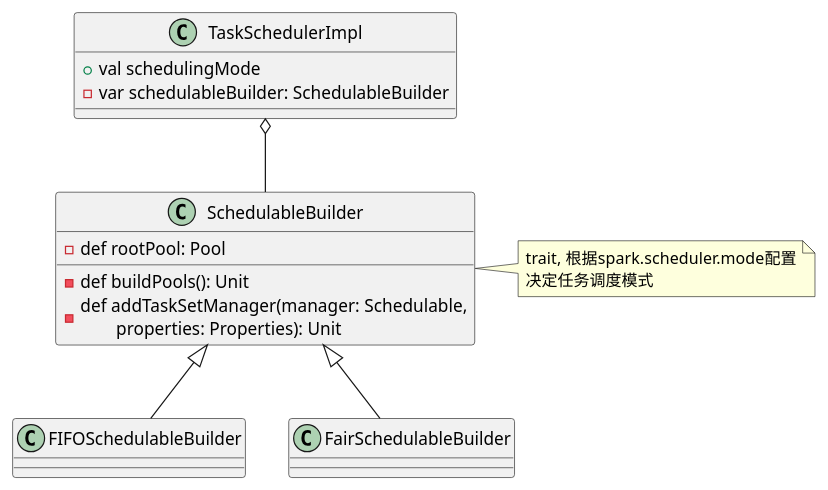
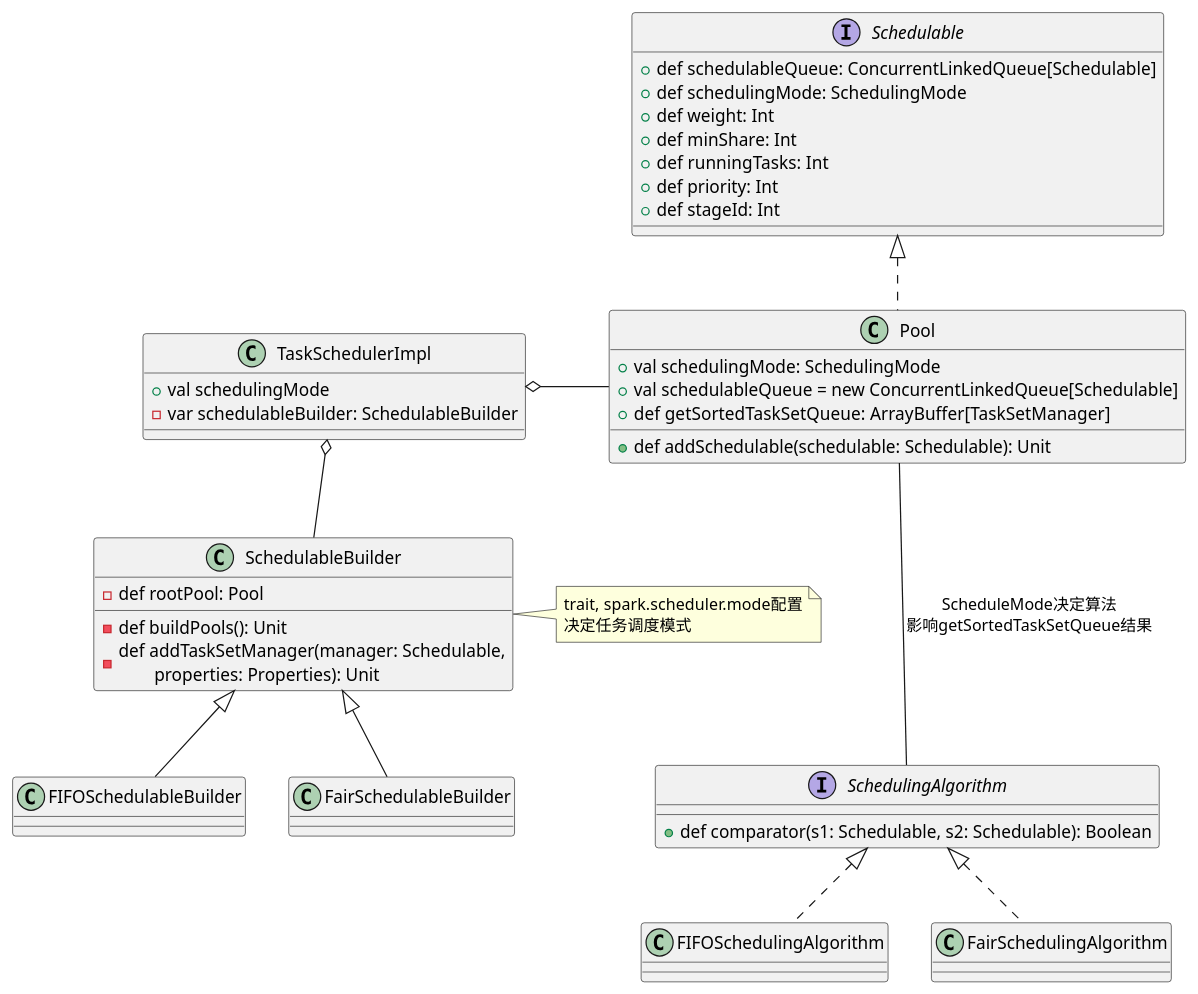
One commit to DepInjoy/geektime changed the eighth of 8 diagrams in doc/DB/00_Spark/SourceRead/01_00_Scheduler.md. Above: the diagram before and after it, drawn with PlantUML. The commit also changed other lines of this file and 2 other files, not shown here.

Commit message:
spark task schedule

````diff
--- a/doc/DB/00_Spark/SourceRead/01_00_Scheduler.md
+++ b/doc/DB/00_Spark/SourceRead/01_00_Scheduler.md
@@ -984,20 +1077,47 @@
 ```plantuml
 @startuml
 class TaskSchedulerImpl {
   + val schedulingMode
   - var schedulableBuilder: SchedulableBuilder
 }
 
 class SchedulableBuilder {
   - def rootPool: Pool
   - def buildPools(): Unit
   - def addTaskSetManager(manager: Schedulable,\n\tproperties: Properties): Unit
 }
-note right : trait, 根据spark.scheduler.mode配置\n决定任务调度模式
+note right : trait, spark.scheduler.mode配置\n决定任务调度模式
+
+class Pool {
+  + val schedulingMode: SchedulingMode
+  + val schedulableQueue = new ConcurrentLinkedQueue[Schedulable]
+  + def addSchedulable(schedulable: Schedulable): Unit
+  + def getSortedTaskSetQueue: ArrayBuffer[TaskSetManager]
+}
+
+Interface Schedulable {
+  + def schedulableQueue: ConcurrentLinkedQueue[Schedulable]
+  + def schedulingMode: SchedulingMode
+  + def weight: Int
+  + def minShare: Int
+  + def runningTasks: Int
+  + def priority: Int
+  + def stageId: Int
+}
+
+Interface SchedulingAlgorithm {
+  + def comparator(s1: Schedulable, s2: Schedulable): Boolean
+}
 
 SchedulableBuilder -up-o TaskSchedulerImpl
+Pool -left-o TaskSchedulerImpl
+
+Pool -up.|> Schedulable
+Pool -down-- SchedulingAlgorithm : ScheduleMode决定算法\n影响getSortedTaskSetQueue结果
+FIFOSchedulingAlgorithm -up.|> SchedulingAlgorithm
+FairSchedulingAlgorithm -up.|> SchedulingAlgorithm
 
 FIFOSchedulableBuilder -up-|> SchedulableBuilder
 FairSchedulableBuilder -up-|> SchedulableBuilder
 @enduml
 ```
````
